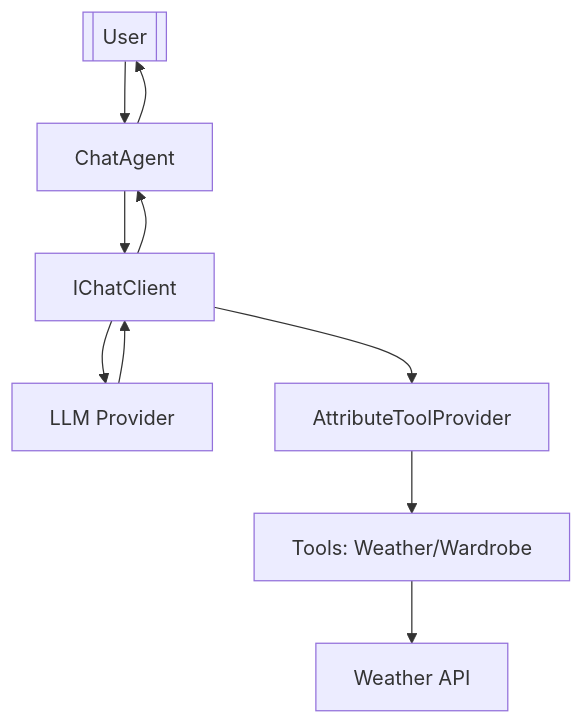
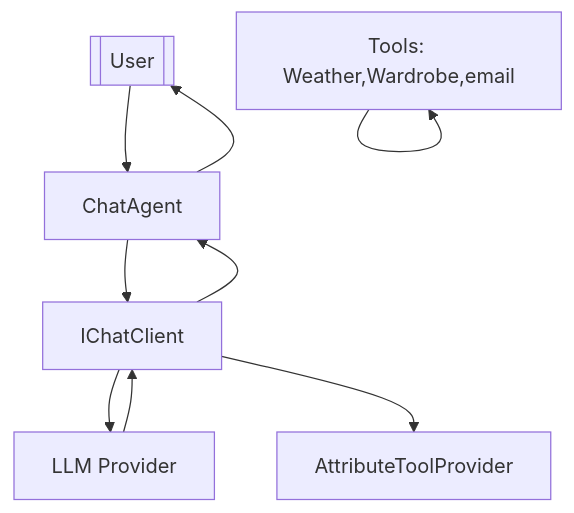
One commit to vijaymoorthy/MicrosoftAIExtension-Agents changed the first of 3 diagrams in README.md. Above: the diagram before and after it, drawn with Mermaid.

````diff
--- a/README.md
+++ b/README.md
@@ -35,12 +35,11 @@
 ```mermaid
 flowchart TB
   user[[User]] --> agent[ChatAgent]
   agent --> client[IChatClient]
   client --> llm[LLM Provider]
   llm --> client
   client --> provider[AttributeToolProvider]
-  provider --> tools[Tools: Weather/Wardrobe]
-  tools --> weather[Weather API]
+  tools--> tools[Tools: Weather,Wardrobe,email]  
   client --> agent
   agent --> user
 ```
````
